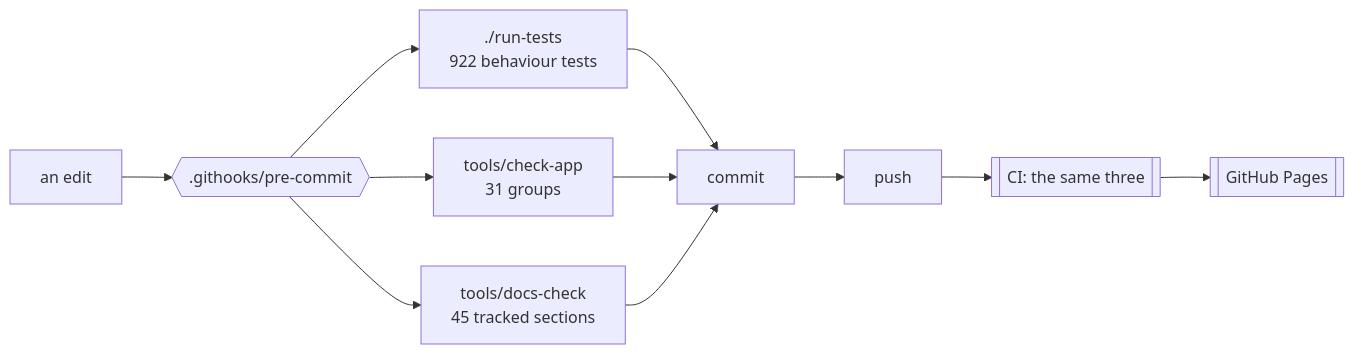
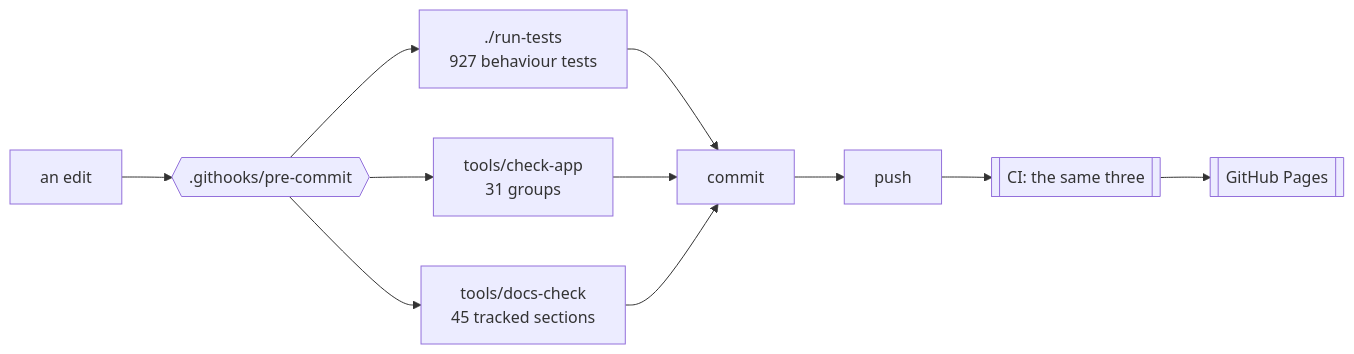
One commit to minormending/crystal-pilot-mobile changed the first of 3 diagrams in docs/DEVELOPING.md. Above: the diagram before and after it, drawn with Mermaid. The commit also changed other lines of this file and 8 other files, not shown here.

````diff
--- a/docs/DEVELOPING.md
+++ b/docs/DEVELOPING.md
@@ -15,12 +15,12 @@
 ```mermaid
 flowchart LR
     E[an edit] --> H{{".githooks/pre-commit"}}
-    H --> T["./run-tests<br/>922 behaviour tests"]
+    H --> T["./run-tests<br/>927 behaviour tests"]
     H --> C["tools/check-app<br/>31 groups"]
     H --> D["tools/docs-check<br/>45 tracked sections"]
     T --> OK[commit]
     C --> OK
     D --> OK
     OK --> P[push] --> CI[["CI: the same three"]]
     CI --> PG[[GitHub Pages]]
 ```
````
